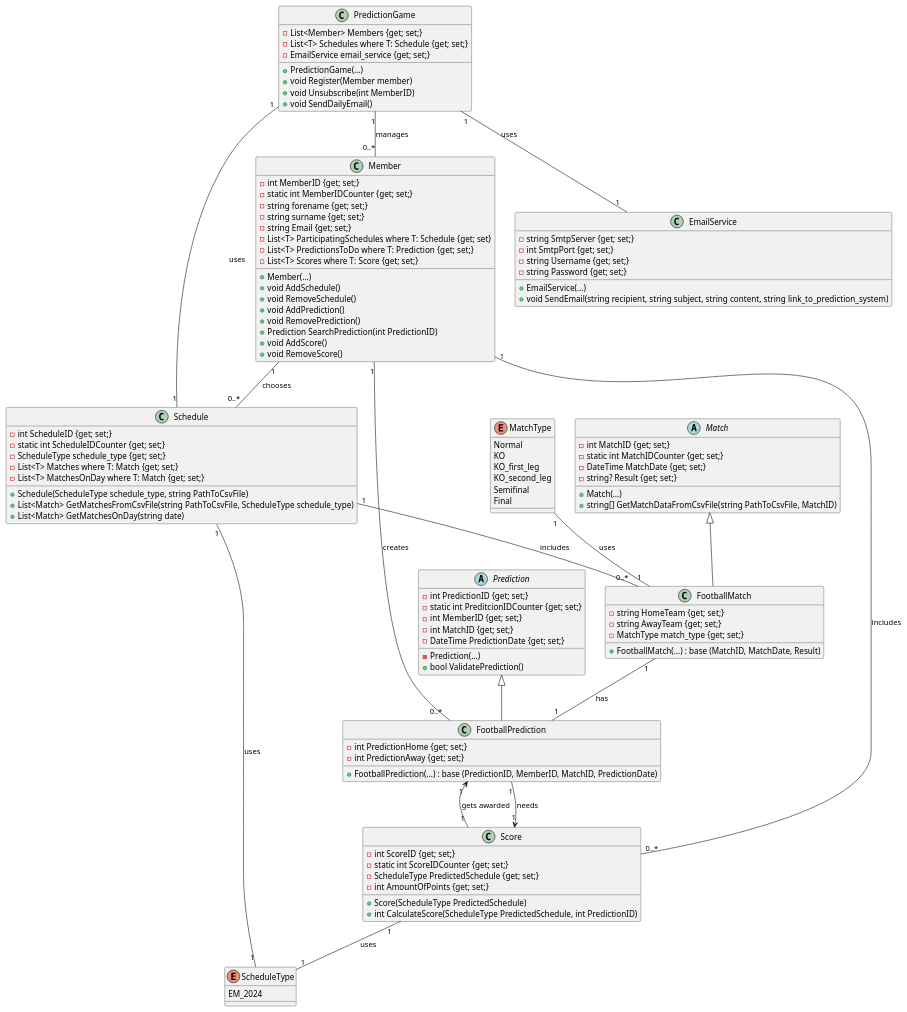
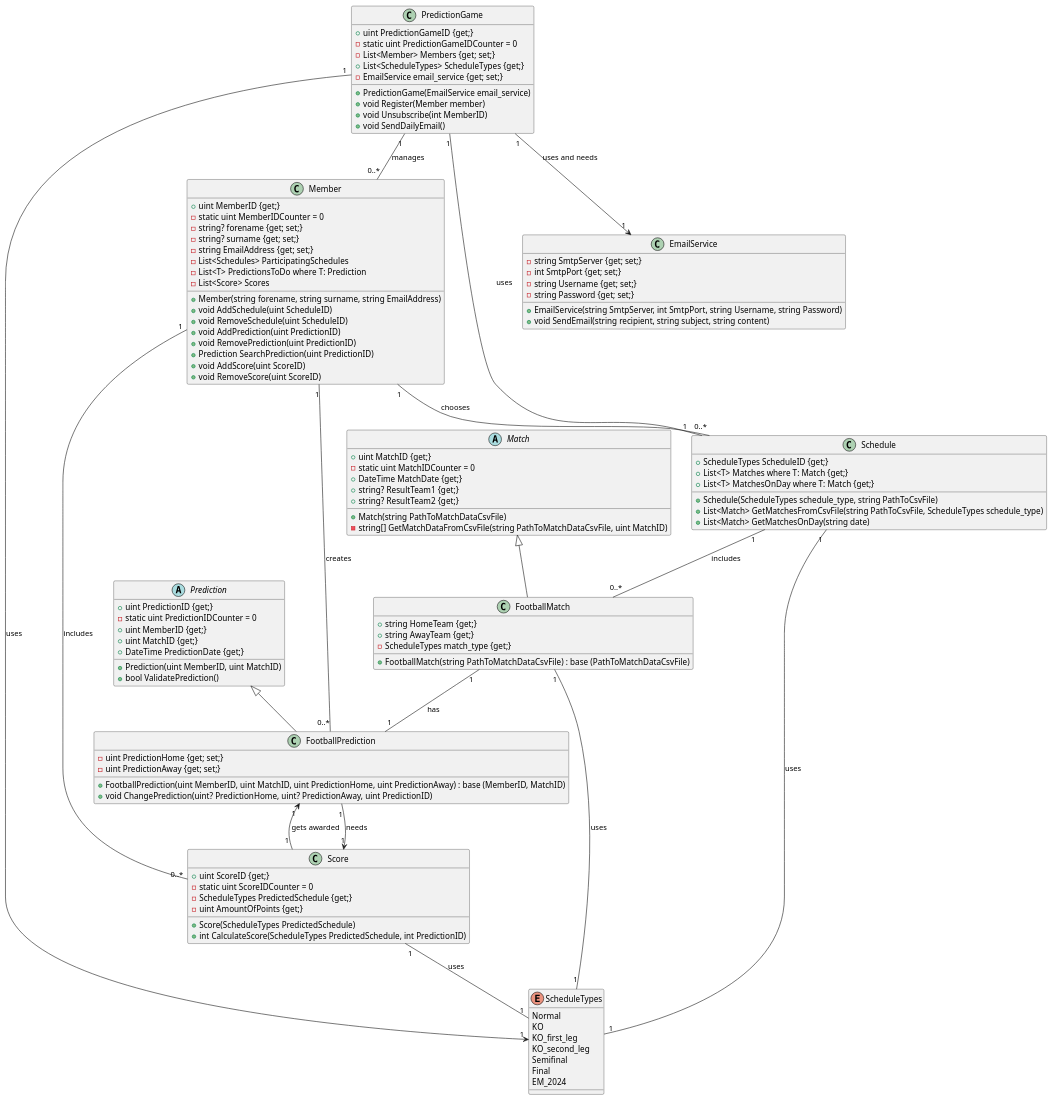
The diagram in SportPredictionSystem.plantuml (smn-hrtzsch/SPS), drawn with PlantUML before and after one commit.

```diff
--- a/SportPredictionSystem.plantuml
+++ b/SportPredictionSystem.plantuml
@@ -1,118 +1,121 @@
 @startuml PredictionGame
 abstract class Match {
-    - int MatchID {get; set;}
-    - static int MatchIDCounter {get; set;}
-    - DateTime MatchDate {get; set;}
-    - string? Result {get; set;}
-    + Match(…)
-    + string[] GetMatchDataFromCsvFile(string PathToCsvFile, MatchID)
+    + uint MatchID {get;}
+    - static uint MatchIDCounter = 0
+    + DateTime MatchDate {get;}
+    + string? ResultTeam1 {get;}
+    + string? ResultTeam2 {get;}
+    + Match(string PathToMatchDataCsvFile)
+    - string[] GetMatchDataFromCsvFile(string PathToMatchDataCsvFile, uint MatchID)
 }
 
-enum MatchType{
+enum ScheduleTypes{
     Normal
     KO
     KO_first_leg
     KO_second_leg
     Semifinal
     Final
 }
 
 class FootballMatch extends Match {
-    - string HomeTeam {get; set;}
-    - string AwayTeam {get; set;}
-    - MatchType match_type {get; set;}
-    + FootballMatch(…) : base (MatchID, MatchDate, Result)
+    + string HomeTeam {get;}
+    + string AwayTeam {get;}
+    - ScheduleTypes match_type {get;}
+    + FootballMatch(string PathToMatchDataCsvFile) : base (PathToMatchDataCsvFile)
 }
 
 class Member {
-    - int MemberID {get; set;}
-    - static int MemberIDCounter {get; set;}
-    - string forename {get; set;}
-    - string surname {get; set;}
-    - string Email {get; set;}
-    - List<T> ParticipatingSchedules where T: Schedule {get; set}
-    - List<T> PredictionsToDo where T: Prediction {get; set;}
-    - List<T> Scores where T: Score {get; set;}
-    + Member(…)
-    + void AddSchedule()
-    + void RemoveSchedule()
-    + void AddPrediction()
-    + void RemovePrediction()
-    + Prediction SearchPrediction(int PredictionID)
-    + void AddScore()
-    + void RemoveScore()
+    + uint MemberID {get;}
+    - static uint MemberIDCounter = 0
+    - string? forename {get; set;}
+    - string? surname {get; set;}
+    - string EmailAddress {get; set;}
+    - List<Schedules> ParticipatingSchedules
+    - List<T> PredictionsToDo where T: Prediction
+    - List<Score> Scores
+    + Member(string forename, string surname, string EmailAddress)
+    + void AddSchedule(uint ScheduleID)
+    + void RemoveSchedule(uint ScheduleID)
+    + void AddPrediction(uint PredictionID)
+    + void RemovePrediction(uint PredictionID)
+    + Prediction SearchPrediction(uint PredictionID)
+    + void AddScore(uint ScoreID)
+    + void RemoveScore(uint ScoreID)
 }
 
 abstract class Prediction {
-    - int PredictionID {get; set;}
-    - static int PreditcionIDCounter {get; set;}
-    - int MemberID {get; set;}
-    - int MatchID {get; set;}
-    - DateTime PredictionDate {get; set;}
-    - Prediction(…)
+    + uint PredictionID {get;}
+    - static uint PredictionIDCounter = 0
+    + uint MemberID {get;}
+    + uint MatchID {get;}
+    + DateTime PredictionDate {get;}
+    + Prediction(uint MemberID, uint MatchID)
     + bool ValidatePrediction()
 }
 
 class FootballPrediction extends Prediction {
-    - int PredictionHome {get; set;}
-    - int PredictionAway {get; set;}
-    + FootballPrediction(…) : base (PredictionID, MemberID, MatchID, PredictionDate)
+    - uint PredictionHome {get; set;}
+    - uint PredictionAway {get; set;}
+    + FootballPrediction(uint MemberID, uint MatchID, uint PredictionHome, uint PredictionAway) : base (MemberID, MatchID)
+    + void ChangePrediction(uint? PredictionHome, uint? PredictionAway, uint PredictionID)
 }
 
-enum ScheduleType {
+enum ScheduleTypes {
     EM_2024
 }
 
 class Schedule {
-    - int ScheduleID {get; set;}
-    - static int ScheduleIDCounter {get; set;}
-    - ScheduleType schedule_type {get; set;}
-    - List<T> Matches where T: Match {get; set;}
-    - List<T> MatchesOnDay where T: Match {get; set;}
-    + Schedule(ScheduleType schedule_type, string PathToCsvFile)
-    + List<Match> GetMatchesFromCsvFile(string PathToCsvFile, ScheduleType schedule_type)
+    + ScheduleTypes ScheduleID {get;}
+    + List<T> Matches where T: Match {get;}
+    + List<T> MatchesOnDay where T: Match {get;}
+    + Schedule(ScheduleTypes schedule_type, string PathToCsvFile)
+    + List<Match> GetMatchesFromCsvFile(string PathToCsvFile, ScheduleTypes schedule_type)
     + List<Match> GetMatchesOnDay(string date)
 }
 
 class Score {
-    - int ScoreID {get; set;}
-    - static int ScoreIDCounter {get; set;}
-    - ScheduleType PredictedSchedule {get; set;}
-    - int AmountOfPoints {get; set;}
-    + Score(ScheduleType PredictedSchedule)
-    + int CalculateScore(ScheduleType PredictedSchedule, int PredictionID)
+    + uint ScoreID {get;}
+    - static uint ScoreIDCounter = 0
+    - ScheduleTypes PredictedSchedule {get;}
+    - uint AmountOfPoints {get;}
+    + Score(ScheduleTypes PredictedSchedule)
+    + int CalculateScore(ScheduleTypes PredictedSchedule, int PredictionID)
 }
 
 class EmailService {
     - string SmtpServer {get; set;}
     - int SmtpPort {get; set;}
     - string Username {get; set;}
     - string Password {get; set;}
-    + EmailService(…)
-    + void SendEmail(string recipient, string subject, string content, string link_to_prediction_system)
+    + EmailService(string SmtpServer, int SmtpPort, string Username, string Password)
+    + void SendEmail(string recipient, string subject, string content)
 }
 
 class PredictionGame {
+    + uint PredictionGameID {get;}
+    - static uint PredictionGameIDCounter = 0
     - List<Member> Members {get; set;}
-    - List<T> Schedules where T: Schedule {get; set;}
+    + List<ScheduleTypes> ScheduleTypes {get;}
     - EmailService email_service {get; set;}
-    + PredictionGame(…)
+    + PredictionGame(EmailService email_service)
     + void Register(Member member)
     + void Unsubscribe(int MemberID)
     + void SendDailyEmail()
 }
 
 Member "1" -- "0..*" FootballPrediction : creates
 Member "1" -- "0..*" Score : includes
 Member "1" -- "0..*" Schedule : chooses
 FootballMatch "1" -- "1" FootballPrediction : has
 Schedule "1" -- "0..*" FootballMatch : includes
 PredictionGame "1" -- "0..*" Member : manages
 PredictionGame "1" -- "1" Schedule : uses
-PredictionGame "1" -- "1" EmailService : uses
-MatchType "1" -- "1" FootballMatch : uses
-Schedule "1" -- "1" ScheduleType : uses
-Score "1" -- "1" ScheduleType : uses
+PredictionGame "1" --> "1" EmailService : uses and needs
+PredictionGame "1" --> "1" ScheduleTypes : uses
+ScheduleTypes "1" -- "1" FootballMatch : uses
+Schedule "1" -- "1" ScheduleTypes : uses
+Score "1" -- "1" ScheduleTypes : uses
 Score "1" <-- "1" FootballPrediction : needs
 FootballPrediction "1" <-- "1" Score : gets awarded
 @enduml
```
